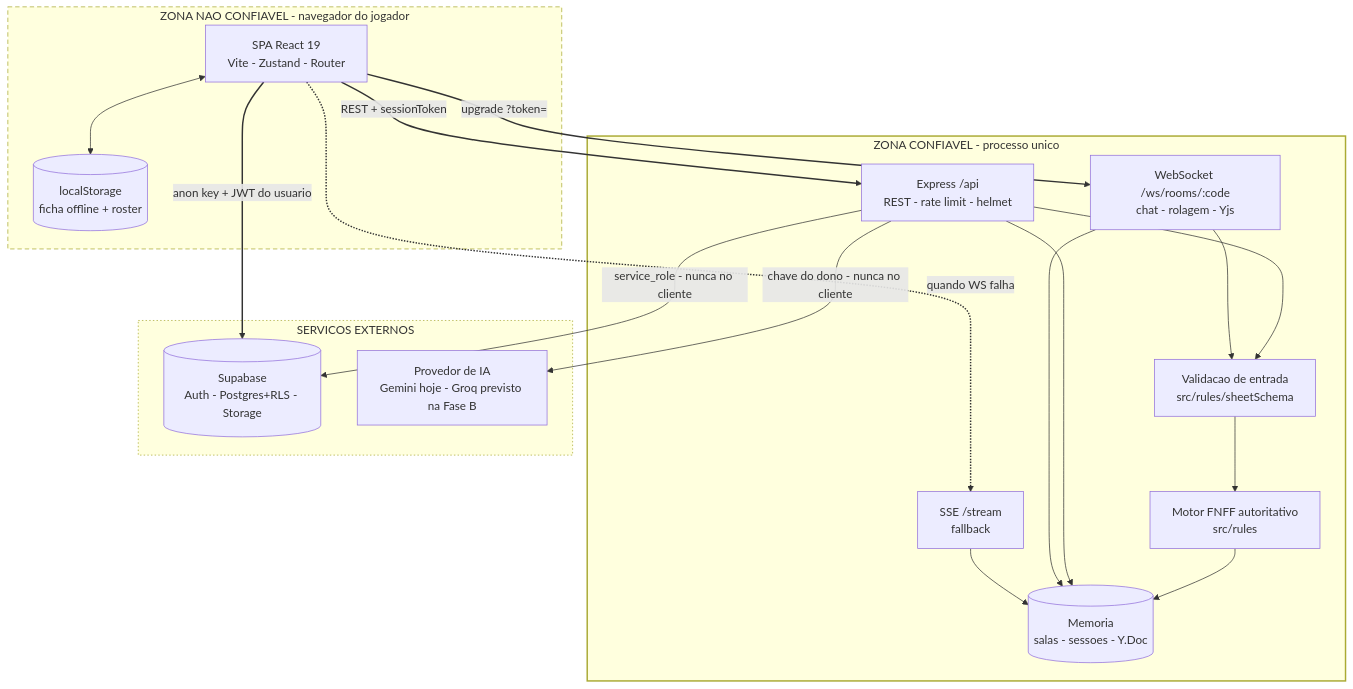
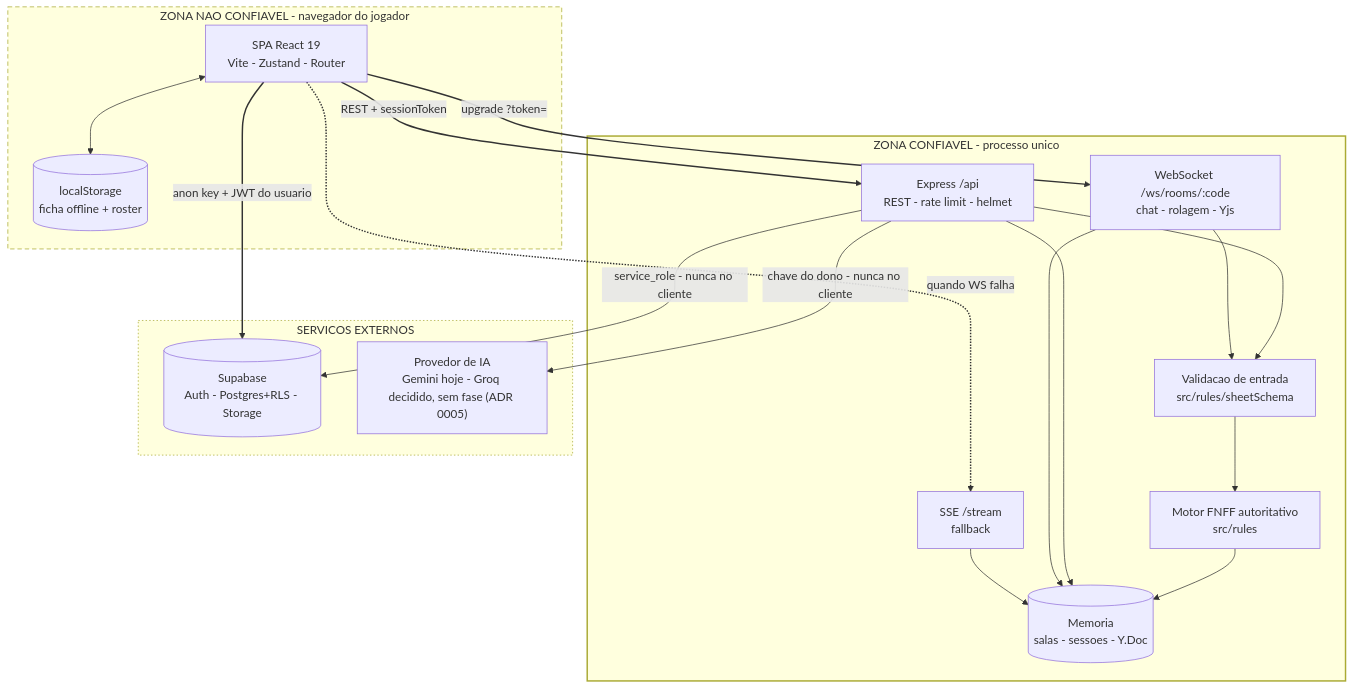
Before and after one commit to tavinholoco/NetsheetEngine: the first of 5 diagrams in docs/ARQUITETURA.md, drawn with Mermaid. The commit also changed other lines of this file and 8 other files, not shown here.

````diff
--- a/docs/ARQUITETURA.md
+++ b/docs/ARQUITETURA.md
@@ -27,43 +27,43 @@
 ```mermaid
 flowchart TB
     subgraph cliente["ZONA NAO CONFIAVEL - navegador do jogador"]
         SPA["SPA React 19<br/>Vite - Zustand - Router"]
         LS[("localStorage<br/>ficha offline + roster")]
     end
 
     subgraph servidor["ZONA CONFIAVEL - processo unico"]
         API["Express /api<br/>REST - rate limit - helmet"]
         WSS["WebSocket /ws/rooms/:code<br/>chat - rolagem - Yjs"]
         SSE["SSE /stream<br/>fallback"]
         VAL["Validacao de entrada<br/>src/rules/sheetSchema"]
         RULES["Motor FNFF autoritativo<br/>src/rules"]
         MEM[("Memoria<br/>salas - sessoes - Y.Doc")]
     end
 
     subgraph externo["SERVICOS EXTERNOS"]
         SB[("Supabase<br/>Auth - Postgres+RLS - Storage")]
-        AI["Provedor de IA<br/>Gemini hoje - Groq previsto na Fase B"]
+        AI["Provedor de IA<br/>Gemini hoje - Groq decidido, sem fase (ADR 0005)"]
     end
 
     SPA -->|"REST + sessionToken"| API
     SPA -->|"upgrade ?token="| WSS
     SPA -.->|"quando WS falha"| SSE
     SPA -->|"anon key + JWT do usuario"| SB
     SPA <--> LS
 
     API --> VAL
     WSS --> VAL
     VAL --> RULES
     RULES --> MEM
     API --> MEM
     WSS --> MEM
     SSE --> MEM
 
     API -->|"service_role - nunca no cliente"| SB
     API -->|"chave do dono - nunca no cliente"| AI
 
     linkStyle 0,1,2,3 stroke-width:2px
     style cliente stroke-dasharray: 6 4
     style servidor stroke-width:2px
     style externo stroke-dasharray: 2 3
 ```
````
